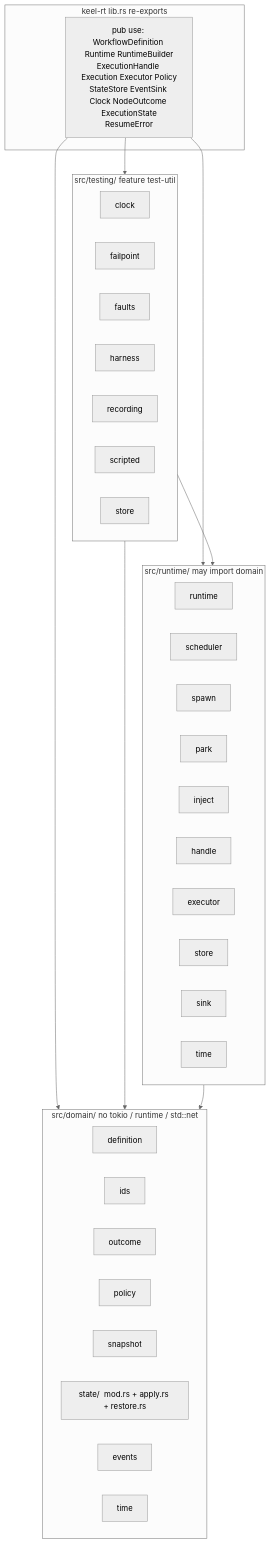
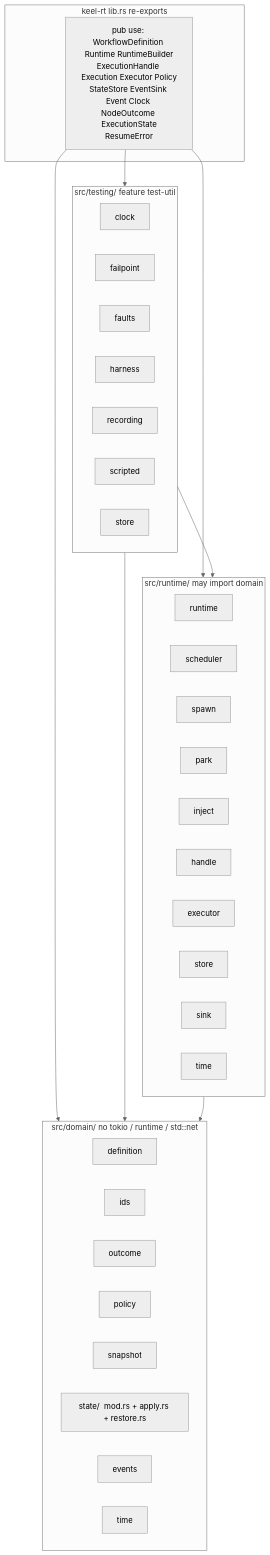
The first of 2 diagrams in docs/ARCHITECTURE.md (nessalabs/keel-rt), drawn with Mermaid (neutral theme) before and after one commit. The commit also changed other lines of this file and 44 other files, not shown here.

First line of the commit message:
Phase 3: Event + EventSink

````diff
--- a/docs/ARCHITECTURE.md
+++ b/docs/ARCHITECTURE.md
@@ -49,47 +49,47 @@
 ```mermaid
 flowchart TB
   subgraph crate["keel-rt  lib.rs re-exports"]
-    ROOT["pub use: WorkflowDefinition Runtime RuntimeBuilder<br/>ExecutionHandle Execution Executor Policy<br/>StateStore EventSink Clock NodeOutcome ExecutionState<br/>ResumeError"]
+    ROOT["pub use: WorkflowDefinition Runtime RuntimeBuilder<br/>ExecutionHandle Execution Executor Policy<br/>StateStore EventSink Event Clock NodeOutcome ExecutionState<br/>ResumeError"]
   end
 
   subgraph testing["src/testing/  feature test-util"]
     Tclock[clock]
     Tfail[failpoint]
     Tfaults[faults]
     Tharness[harness]
     Trec[recording]
     Tscript[scripted]
     Tstore[store]
   end
 
   subgraph runtime["src/runtime/  may import domain"]
     Rrt[runtime]
     Rsched[scheduler]
     Rspawn[spawn]
     Rpark[park]
     Rinj[inject]
     Rhandle[handle]
     Rexec[executor]
     Rstore[store]
     Rsink[sink]
     Rtime[time]
   end
 
   subgraph domain["src/domain/  no tokio / runtime / std::net"]
     Ddef[definition]
     Dids[ids]
     Dout[outcome]
     Dpol[policy]
     Dsnap[snapshot]
     Dstate["state/  mod.rs + apply.rs + restore.rs"]
     Dev[events]
     Dtime[time]
   end
 
   ROOT --> testing
   ROOT --> runtime
   ROOT --> domain
   testing --> runtime
   testing --> domain
   runtime --> domain
 ```
````
